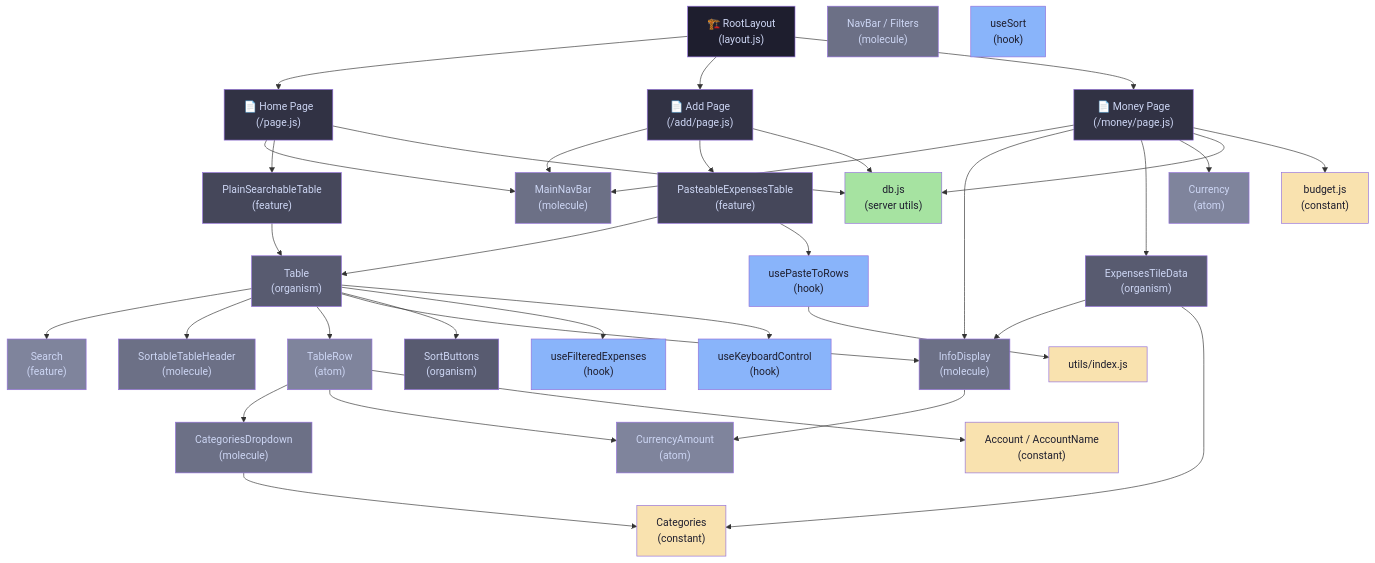
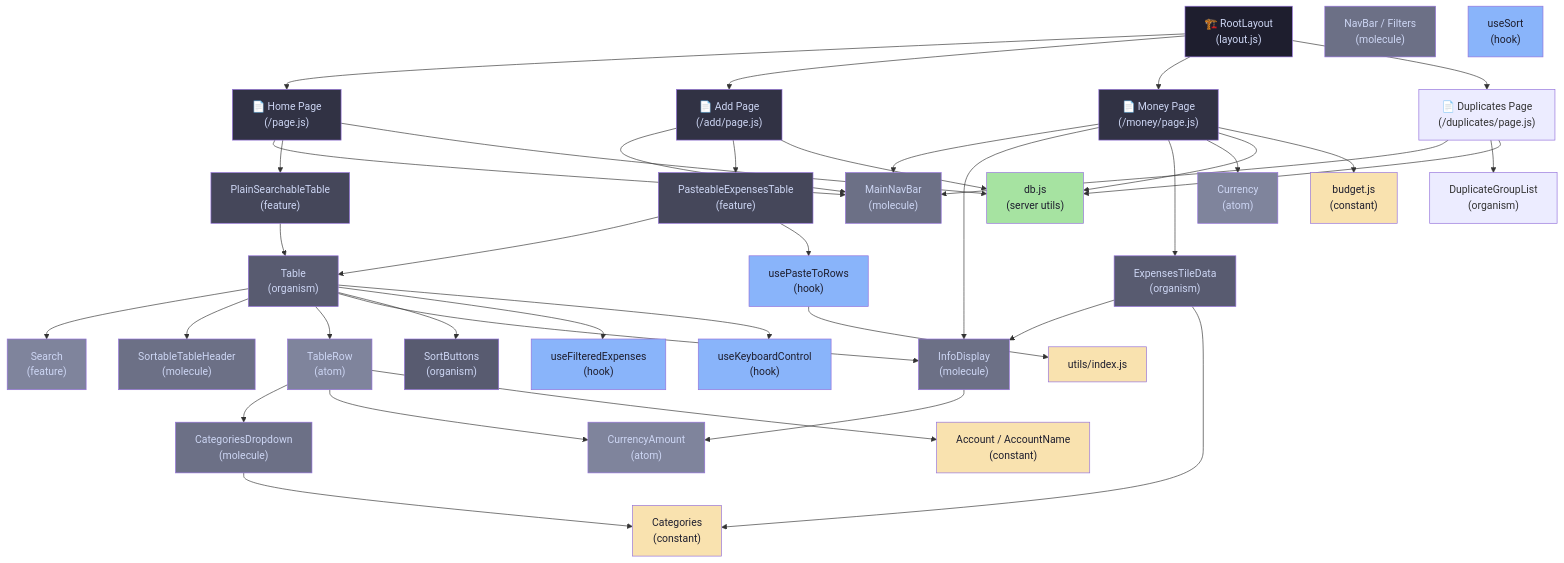
Before and after one commit to EliranSun/expenses-next: the diagram in ARCHITECTURE.md, drawn with Mermaid. The commit also changed 8 other files, not shown here.

First line of the commit message:
Add /duplicates page to find and resolve duplicate expenses

```diff
--- a/ARCHITECTURE.md
+++ b/ARCHITECTURE.md
@@ -11,6 +11,7 @@
   HomePage["📄 Home Page\n(/page.js)"]
   AddPage["📄 Add Page\n(/add/page.js)"]
   MoneyPage["📄 Money Page\n(/money/page.js)"]
+  DuplicatesPage["📄 Duplicates Page\n(/duplicates/page.js)"]
 
   %% Features
   PlainSearchableTable["PlainSearchableTable\n(feature)"]
@@ -51,6 +52,7 @@
   RootLayout --> HomePage
   RootLayout --> AddPage
   RootLayout --> MoneyPage
+  RootLayout --> DuplicatesPage
 
   HomePage --> MainNavBar
   HomePage --> PlainSearchableTable
@@ -62,6 +64,10 @@
   MoneyPage --> InfoDisplay
   MoneyPage --> ExpensesTileData
   MoneyPage --> Currency
+
+  DuplicatesPage --> MainNavBar
+  DuplicatesPage --> DuplicateGroupList["DuplicateGroupList\n(organism)"]
+  DuplicatesPage --> DB
 
   %% --- Feature → Organism ---
   PlainSearchableTable --> Table
```
